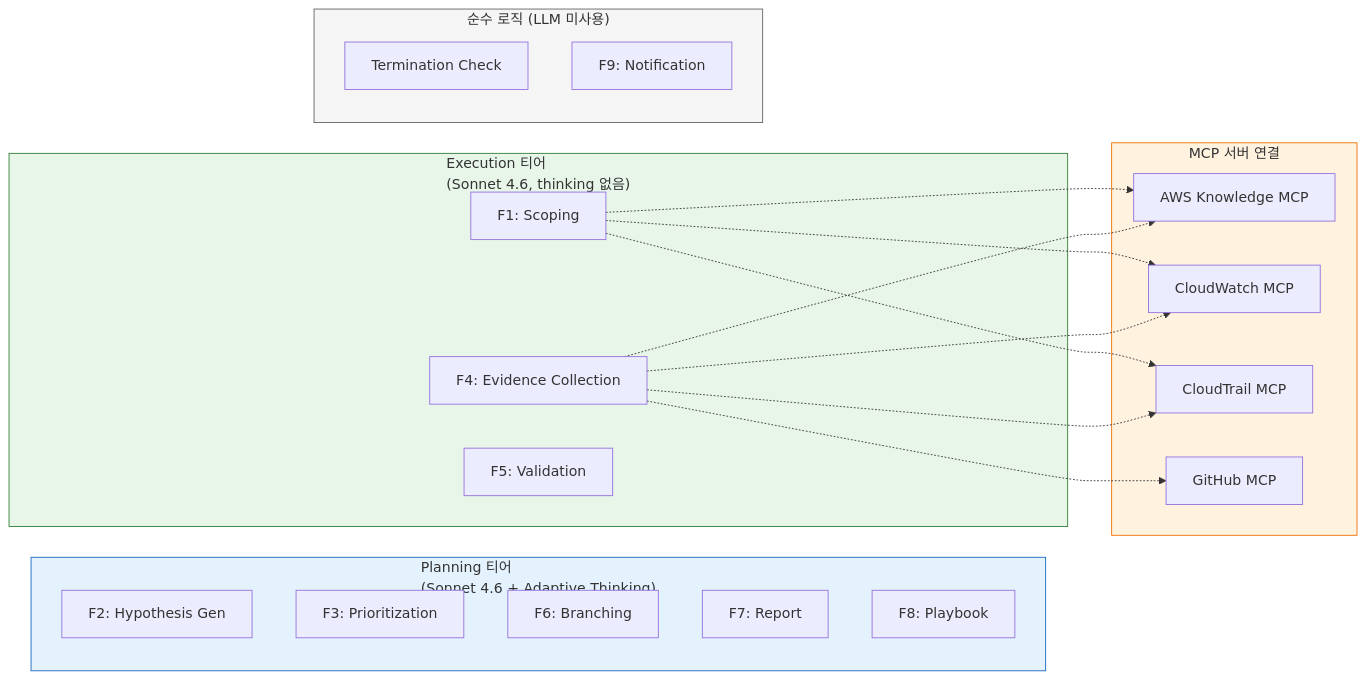
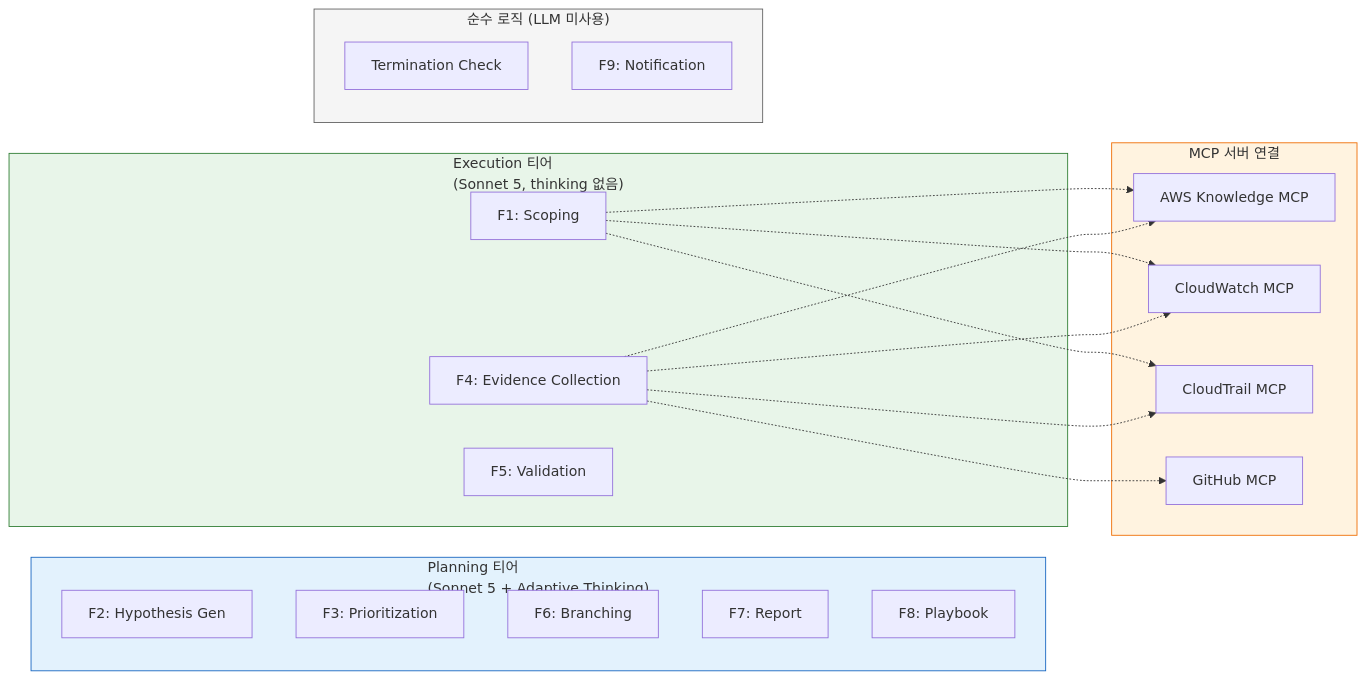
Before and after one commit to haandol/rca-agent: the third of 7 diagrams in docs/architecture-and-demo-flow.md, drawn with Mermaid. The commit also changed other lines of this file and 9 other files, not shown here.

````diff
--- a/docs/architecture-and-demo-flow.md
+++ b/docs/architecture-and-demo-flow.md
@@ -193,36 +193,36 @@
 ```mermaid
 flowchart LR
-    subgraph Planning["Planning 티어<br/>(Sonnet 4.6 + Adaptive Thinking)"]
+    subgraph Planning["Planning 티어<br/>(Sonnet 5 + Adaptive Thinking)"]
         HYP["F2: Hypothesis Gen"]
         PRIO["F3: Prioritization"]
         BRANCH["F6: Branching"]
         REPORT["F7: Report"]
         PLAYBOOK["F8: Playbook"]
     end
 
-    subgraph Execution["Execution 티어<br/>(Sonnet 4.6, thinking 없음)"]
+    subgraph Execution["Execution 티어<br/>(Sonnet 5, thinking 없음)"]
         SCOPING["F1: Scoping"]
         EVIDENCE["F4: Evidence Collection"]
         VALIDATION["F5: Validation"]
     end
 
     subgraph NoLLM["순수 로직 (LLM 미사용)"]
         TERM["Termination Check"]
         NOTIF["F9: Notification"]
     end
 
     subgraph MCP["MCP 서버 연결"]
         AK["AWS Knowledge MCP"]
         CW["CloudWatch MCP"]
         CT["CloudTrail MCP"]
         GH["GitHub MCP"]
     end
 
     SCOPING -.-> AK & CW & CT
     EVIDENCE -.-> AK & CW & CT & GH
 
     style Planning fill:#e3f2fd,stroke:#1565c0
     style Execution fill:#e8f5e9,stroke:#2e7d32
     style NoLLM fill:#f5f5f5,stroke:#616161
     style MCP fill:#fff3e0,stroke:#ef6c00
 ```
````
